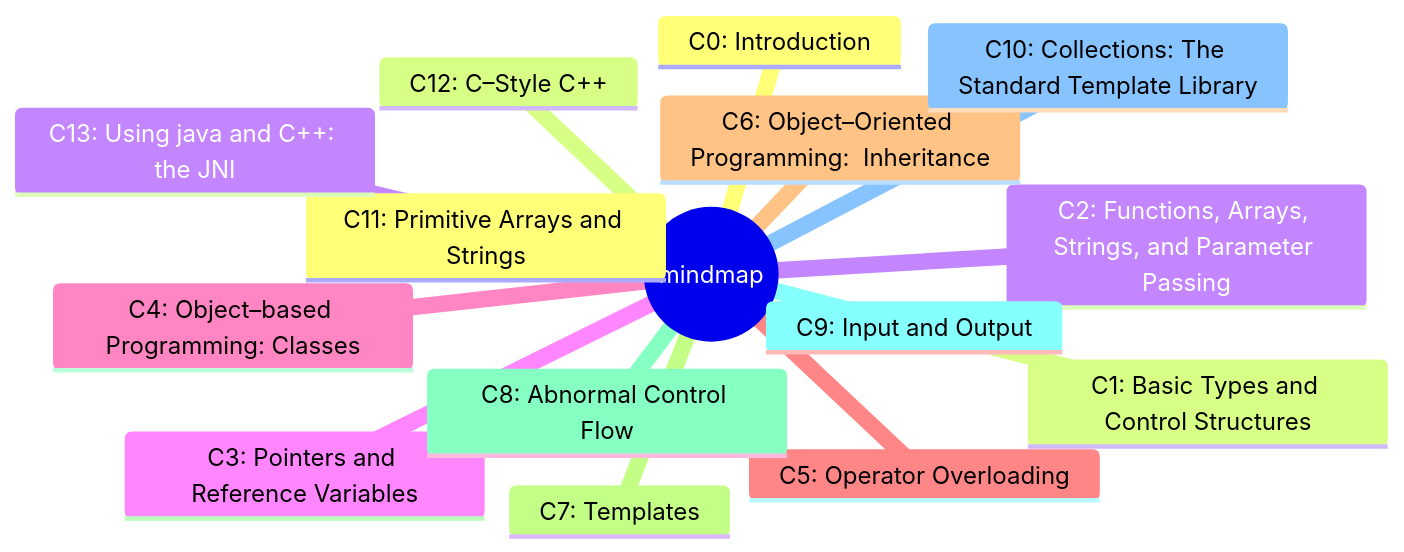
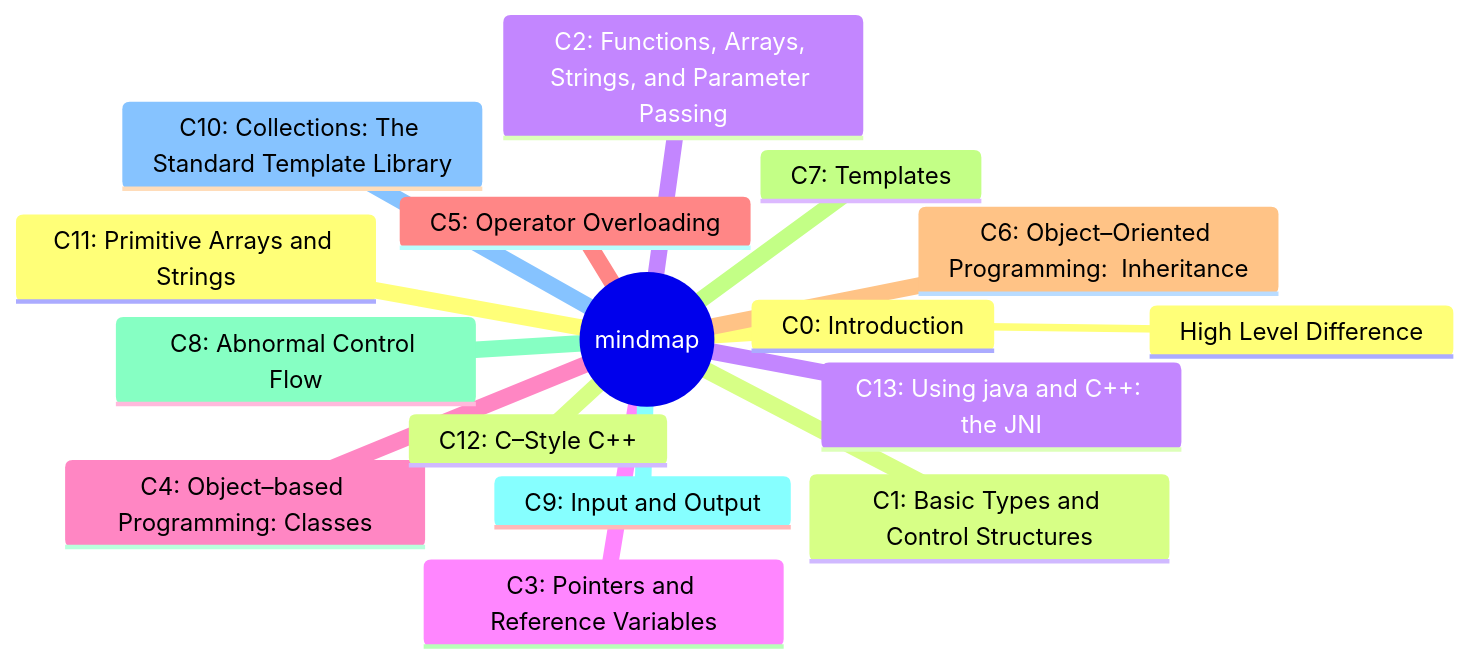
One commit to damonYuan/gitbook changed the first of 2 diagrams in tech/230717-cpp-for-java-programmers.md. Above: the diagram before and after it, drawn with Mermaid. The commit also changed other lines of this file, not shown here.

````diff
--- a/tech/230717-cpp-for-java-programmers.md
+++ b/tech/230717-cpp-for-java-programmers.md
@@ -12,19 +12,20 @@
 ```mermaid
 mindmap
   root((mindmap))
     C0#58; Introduction
+      High Level Difference
     C1#58; Basic Types and Control Structures
     C2#58; Functions, Arrays, Strings, and Parameter Passing
     C3#58; Pointers and Reference Variables
     C4#58; Object#8211;based Programming#58; Classes
     C5#58; Operator Overloading
     C6#58; Object#8211;Oriented Programming#58;  Inheritance
     C7#58; Templates
     C8#58; Abnormal Control Flow
     C9#58; Input and Output
     C10#58; Collections#58; The Standard Template Library
     C11#58; Primitive Arrays and Strings
     C12#58; C#8211;Style C++
     C13#58; Using java and C++#58; the JNI
  
 ```
````
